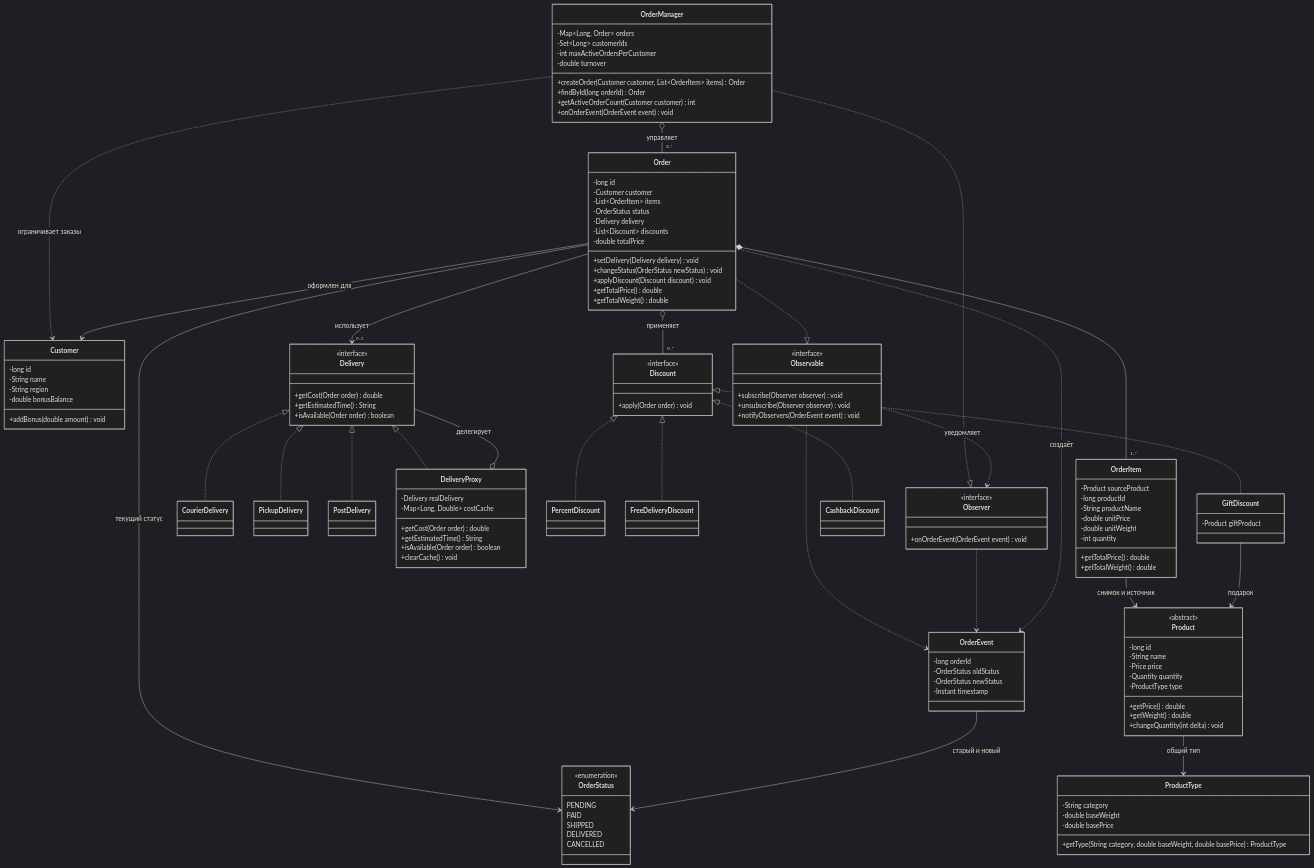
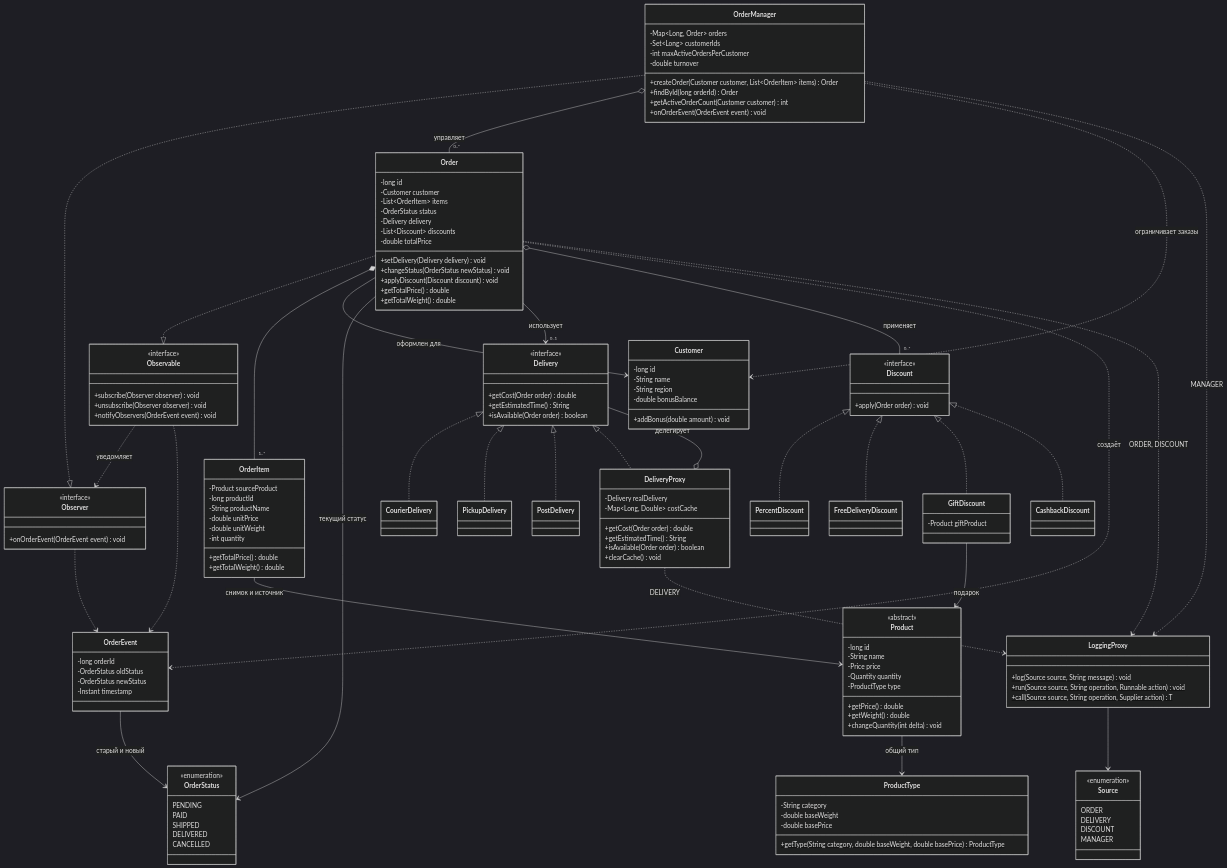
The third of 3 diagrams in README.md (areallypawa/IS-OOP-Practical-Works), drawn with Mermaid (dark theme) before and after one commit. The commit also changed other lines of this file and 8 other files, not shown here.

````diff
--- a/README.md
+++ b/README.md
@@ -311,6 +315,20 @@
     -Instant timestamp
 }
 
+class LoggingProxy {
+    +log(Source source, String message)$ void
+    +run(Source source, String operation, Runnable action)$ void
+    +call(Source source, String operation, Supplier action)$ T
+}
+
+class Source {
+    <<enumeration>>
+    ORDER
+    DELIVERY
+    DISCOUNT
+    MANAGER
+}
+
 class OrderStatus {
     <<enumeration>>
     PENDING
@@ -349,4 +367,8 @@
 Observer ..> OrderEvent
 Order ..> OrderEvent : создаёт
 OrderEvent --> OrderStatus : старый и новый
+LoggingProxy --> Source
+Order ..> LoggingProxy : ORDER, DISCOUNT
+OrderManager ..> LoggingProxy : MANAGER
+DeliveryProxy ..> LoggingProxy : DELIVERY
 ```
````
